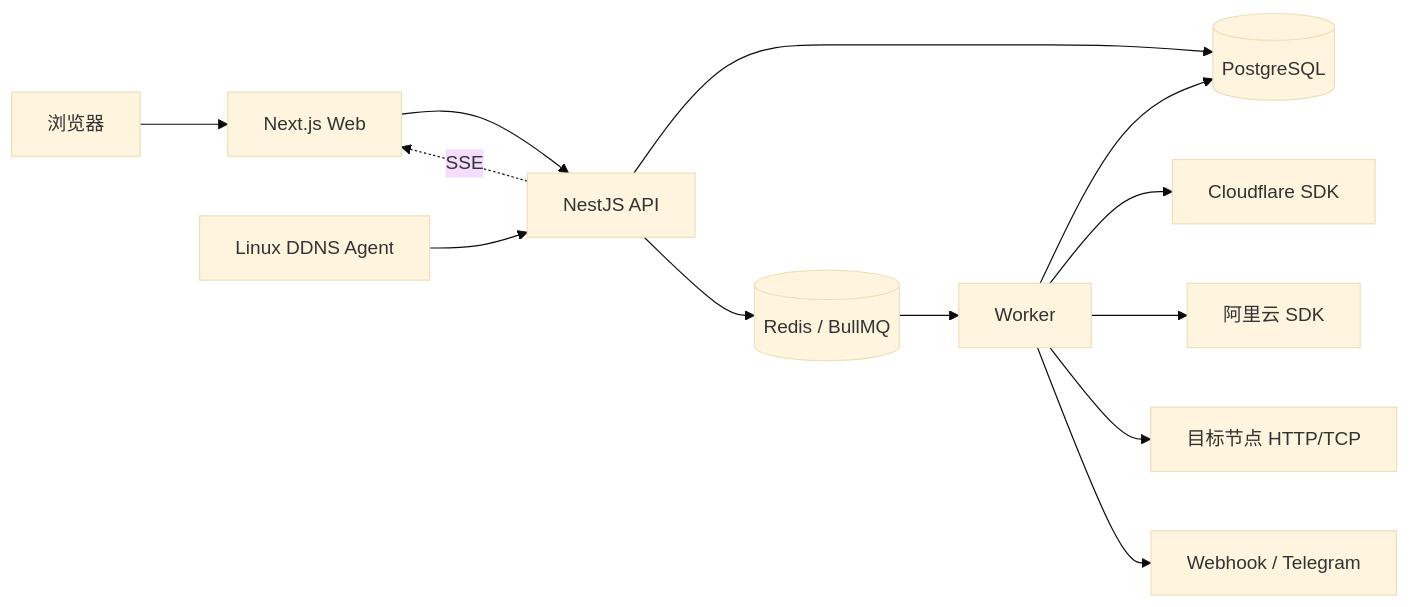
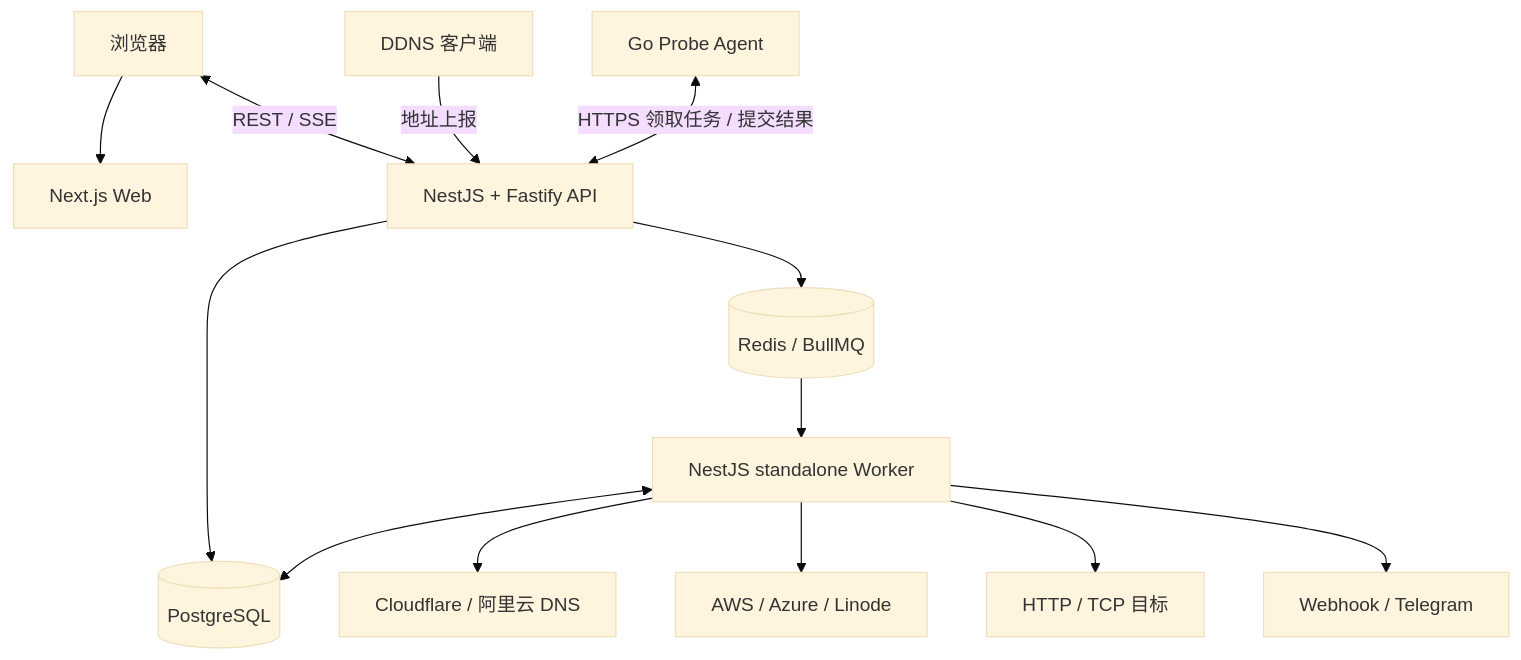
The first of 3 diagrams in docs/ARCHITECTURE.md (Bend-Function/MasterDNS), drawn with Mermaid (base theme) before and after one commit. The commit also changed other lines of this file and 2 other files, not shown here.

Commit message:
docs: align architecture and data model with current implementation

````diff
--- a/docs/ARCHITECTURE.md
+++ b/docs/ARCHITECTURE.md
@@ -50,15 +22,15 @@
 ```mermaid
-flowchart LR
-    U["浏览器"] --> W["Next.js Web"]
-    W --> A["NestJS API"]
-    D["Linux DDNS Agent"] --> A
-    A --> P[("PostgreSQL")]
-    A --> R[("Redis / BullMQ")]
-    R --> K["Worker"]
-    K --> P
-    K --> C["Cloudflare SDK"]
-    K --> L["阿里云 SDK"]
-    K --> T["目标节点 HTTP/TCP"]
-    K --> N["Webhook / Telegram"]
-    A -. "SSE" .-> W
+flowchart TB
+    B[浏览器] --> W[Next.js Web]
+    B <-->|REST / SSE| A[NestJS + Fastify API]
+    D[DDNS 客户端] -->|地址上报| A
+    P[Go Probe Agent] <-->|HTTPS 领取任务 / 提交结果| A
+    A --> DB[(PostgreSQL)]
+    A --> Q[(Redis / BullMQ)]
+    Q --> K[NestJS standalone Worker]
+    K <--> DB
+    K --> DNS[Cloudflare / 阿里云 DNS]
+    K --> C[AWS / Azure / Linode]
+    K --> T[HTTP / TCP 目标]
+    K --> N[Webhook / Telegram]
 ```
````
